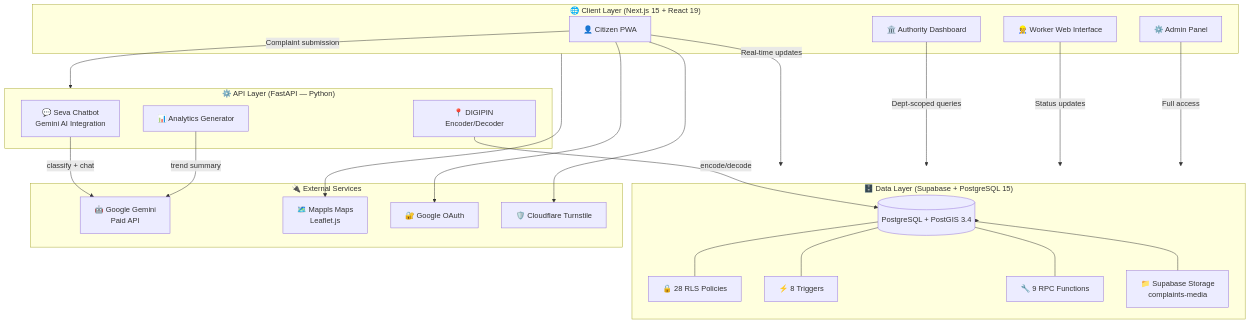
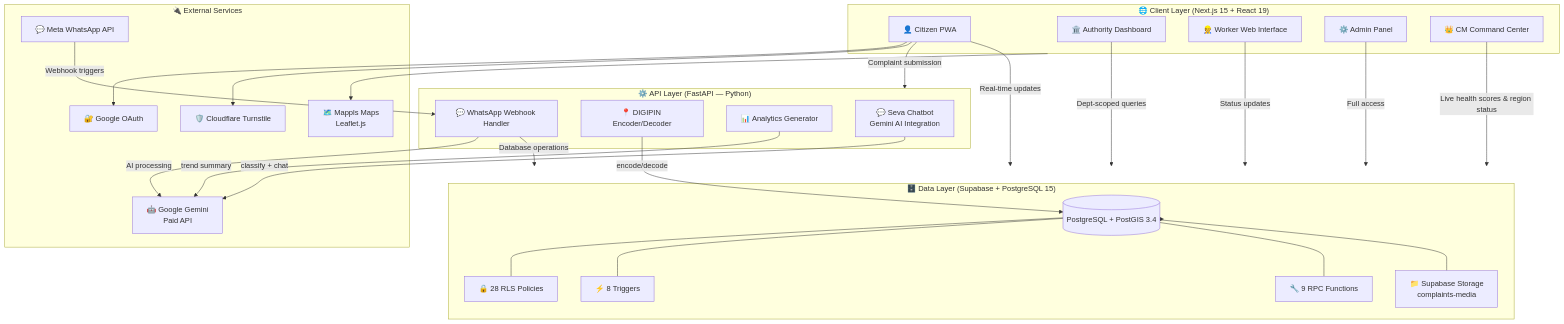
Before and after one commit to MrPanda009/ps-crmdev1: the fifth of 5 diagrams in README.md, drawn with Mermaid. The commit also changed other lines of this file, not shown here.

````diff
--- a/README.md
+++ b/README.md
@@ -713,50 +763,58 @@
 ```mermaid
 graph TD
     subgraph Client["🌐 Client Layer (Next.js 15 + React 19)"]
         CIT[👤 Citizen PWA]
         AUTH[🏛️ Authority Dashboard]
         WRK[👷 Worker Web Interface]
         ADM[⚙️ Admin Panel]
+        CMD[👑 CM Command Center]
     end
 
     subgraph API["⚙️ API Layer (FastAPI — Python)"]
         SEVA[💬 Seva Chatbot\nGemini AI Integration]
         DGP[📍 DIGIPIN Encoder/Decoder]
         ANLX[📊 Analytics Generator]
+        WAB[💬 WhatsApp Webhook Handler]
     end
 
     subgraph DB["🗄️ Data Layer (Supabase + PostgreSQL 15)"]
         PG[(PostgreSQL + PostGIS 3.4)]
         RLS[🔒 28 RLS Policies]
         TRG[⚡ 8 Triggers]
         RPC[🔧 9 RPC Functions]
         STR[📁 Supabase Storage\ncomplaints-media]
     end
 
     subgraph EXT["🔌 External Services"]
         GMN[🤖 Google Gemini\nPaid API]
         MAPS[🗺️ Mappls Maps\nLeaflet.js]
         GAUTH[🔐 Google OAuth]
         RCAP[🛡️ Cloudflare Turnstile]
+        WA[💬 Meta WhatsApp API]
     end
 
     CIT -->|Complaint submission| API
     CIT -->|Real-time updates| DB
     AUTH -->|Dept-scoped queries| DB
     WRK -->|Status updates| DB
     ADM -->|Full access| DB
+    CMD -->|Live health scores & region status| DB
+    
+    WA -->|Webhook triggers| WAB
+    WAB -->|Database operations| DB
+    WAB -->|AI processing| GMN
 
     SEVA -->|classify + chat| GMN
     DGP -->|encode/decode| PG
     ANLX -->|trend summary| GMN
 
     DB --> PG
     PG --- RLS
     PG --- TRG
     PG --- RPC
     PG --- STR
 
     CIT --> GAUTH
     CIT --> RCAP
     Client --> MAPS
 ```
````
